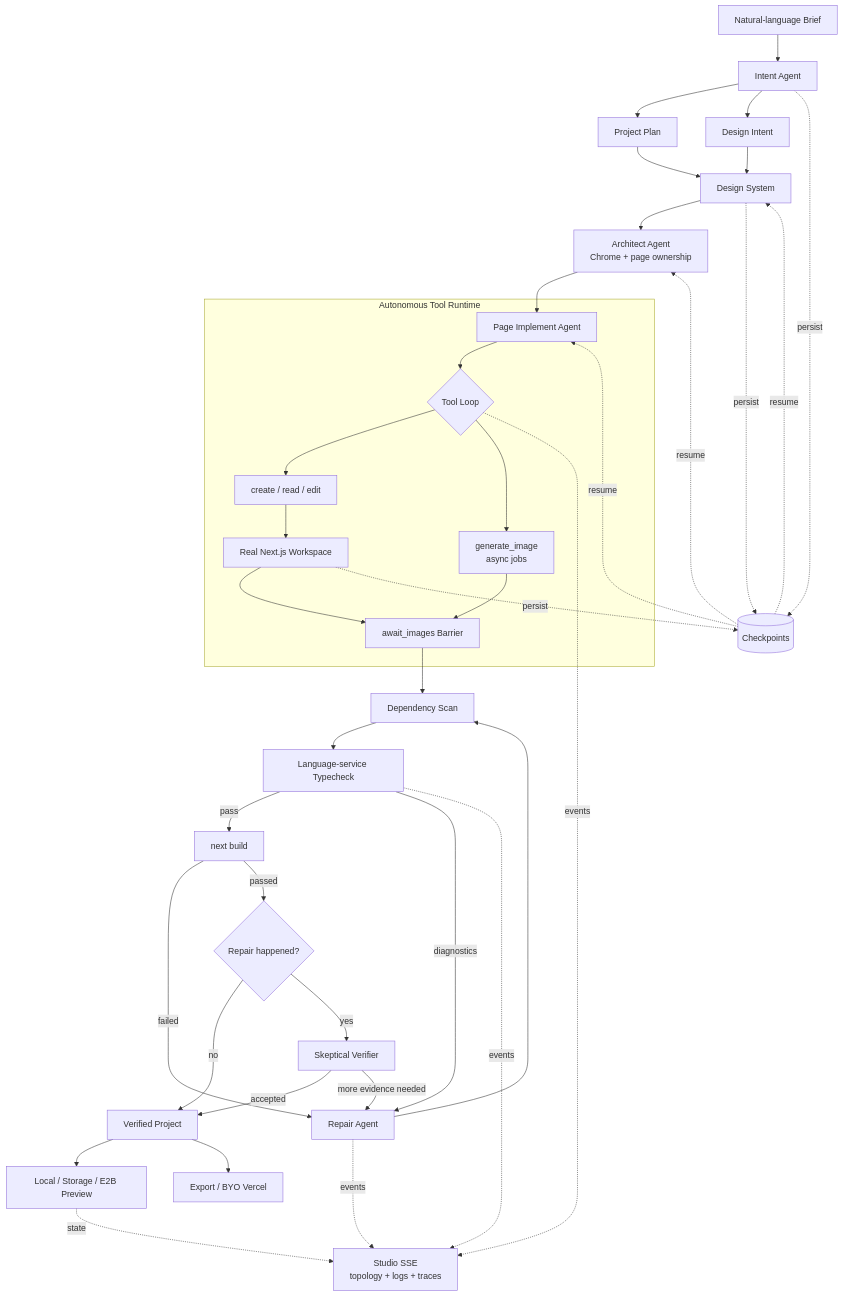
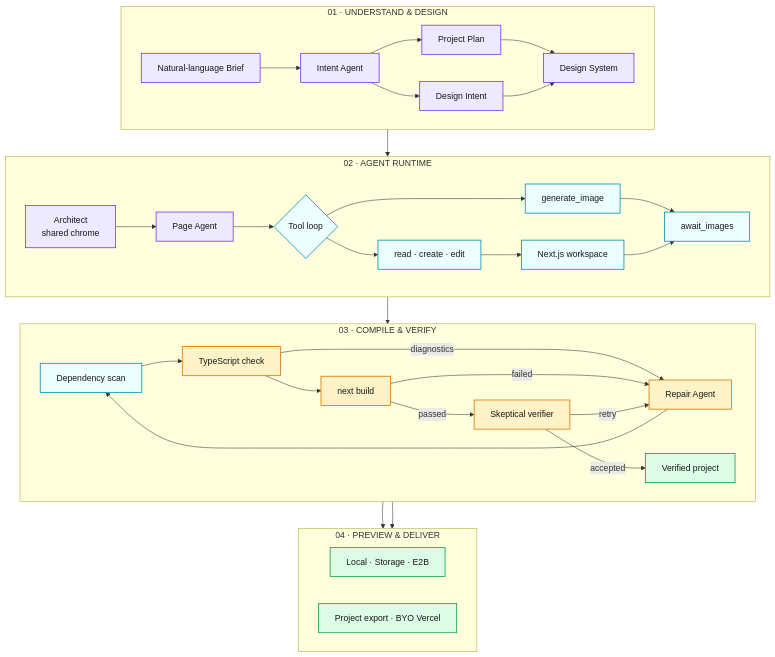
Before and after one commit to wayne-kk/open-ox: the diagram in README.md, drawn with Mermaid. The commit also changed 10 other files, not shown here.

Commit message:
feat: page Agent 稳定版本

````diff
--- a/README.md
+++ b/README.md
@@ -89,47 +89,55 @@
 ```mermaid
 flowchart TB
-    Brief["Natural-language Brief"] --> Intent["Intent Agent"]
-    Intent --> Plan["Project Plan"]
-    Intent --> Visual["Design Intent"]
-    Plan --> System["Design System"]
-    Visual --> System
-    System --> Architect["Architect Agent<br/>Chrome + page ownership"]
-    Architect --> PageAgent["Page Implement Agent"]
+    subgraph Understand["01 · UNDERSTAND & DESIGN"]
+        direction LR
+        Brief["Natural-language Brief"] --> Intent["Intent Agent"]
+        Intent --> Plan["Project Plan"]
+        Intent --> Visual["Design Intent"]
+        Plan --> System["Design System"]
+        Visual --> System
+    end
 
-    subgraph Runtime["Autonomous Tool Runtime"]
-        PageAgent --> Tools{"Tool Loop"}
-        Tools --> Files["create / read / edit"]
-        Tools --> Images["generate_image<br/>async jobs"]
-        Files --> Workspace["Real Next.js Workspace"]
-        Images --> Barrier["await_images Barrier"]
+    subgraph Runtime["02 · AGENT RUNTIME"]
+        direction LR
+        Architect["Architect<br/>shared chrome"] --> Agent["Page Agent"]
+        Agent --> Tools{"Tool loop"}
+        Tools --> Code["read · create · edit"]
+        Tools --> Assets["generate_image"]
+        Code --> Workspace["Next.js workspace"]
+        Assets --> Barrier["await_images"]
         Workspace --> Barrier
     end
 
-    Barrier --> Deps["Dependency Scan"]
-    Deps --> Typecheck["Language-service Typecheck"]
-    Typecheck -->|pass| Build["next build"]
-    Typecheck -->|diagnostics| Repair["Repair Agent"]
-    Build -->|failed| Repair
-    Repair --> Deps
-    Build -->|passed| Verify{"Repair happened?"}
-    Verify -->|no| Ready["Verified Project"]
-    Verify -->|yes| Skeptic["Skeptical Verifier"]
-    Skeptic -->|accepted| Ready
-    Skeptic -->|more evidence needed| Repair
+    subgraph Verify["03 · COMPILE & VERIFY"]
+        direction LR
+        Dependencies["Dependency scan"] --> Types["TypeScript check"]
+        Types --> Build["next build"]
+        Types -->|diagnostics| Repair["Repair Agent"]
+        Build -->|failed| Repair
+        Repair --> Dependencies
+        Build -->|passed| Review["Skeptical verifier"]
+        Review -->|retry| Repair
+        Review -->|accepted| Ready["Verified project"]
+    end
 
-    Ready --> Preview["Local / Storage / E2B Preview"]
-    Ready --> Export["Export / BYO Vercel"]
+    subgraph Deliver["04 · PREVIEW & DELIVER"]
+        direction LR
+        Preview["Local · Storage · E2B"]
+        Export["Project export · BYO Vercel"]
+    end
 
-    Checkpoint[("Checkpoints")] -. resume .-> System
-    Checkpoint -. resume .-> Architect
-    Checkpoint -. resume .-> PageAgent
-    Intent -. persist .-> Checkpoint
-    System -. persist .-> Checkpoint
-    Workspace -. persist .-> Checkpoint
+    System --> Architect
+    Barrier --> Dependencies
+    Ready --> Preview
+    Ready --> Export
 
-    Studio["Studio SSE<br/>topology + logs + traces"]
-    Tools -. events .-> Studio
-    Typecheck -. events .-> Studio
-    Repair -. events .-> Studio
-    Preview -. state .-> Studio
+    classDef core fill:#ede9fe,stroke:#7c3aed,color:#18181b,stroke-width:1.5px;
+    classDef action fill:#ecfeff,stroke:#0891b2,color:#18181b,stroke-width:1.5px;
+    classDef gate fill:#fef3c7,stroke:#d97706,color:#18181b,stroke-width:1.5px;
+    classDef success fill:#dcfce7,stroke:#16a34a,color:#18181b,stroke-width:1.5px;
+
+    class Brief,Intent,Plan,Visual,System,Architect,Agent core;
+    class Tools,Code,Assets,Workspace,Barrier,Dependencies action;
+    class Types,Build,Repair,Review gate;
+    class Ready,Preview,Export success;
 ```
````
